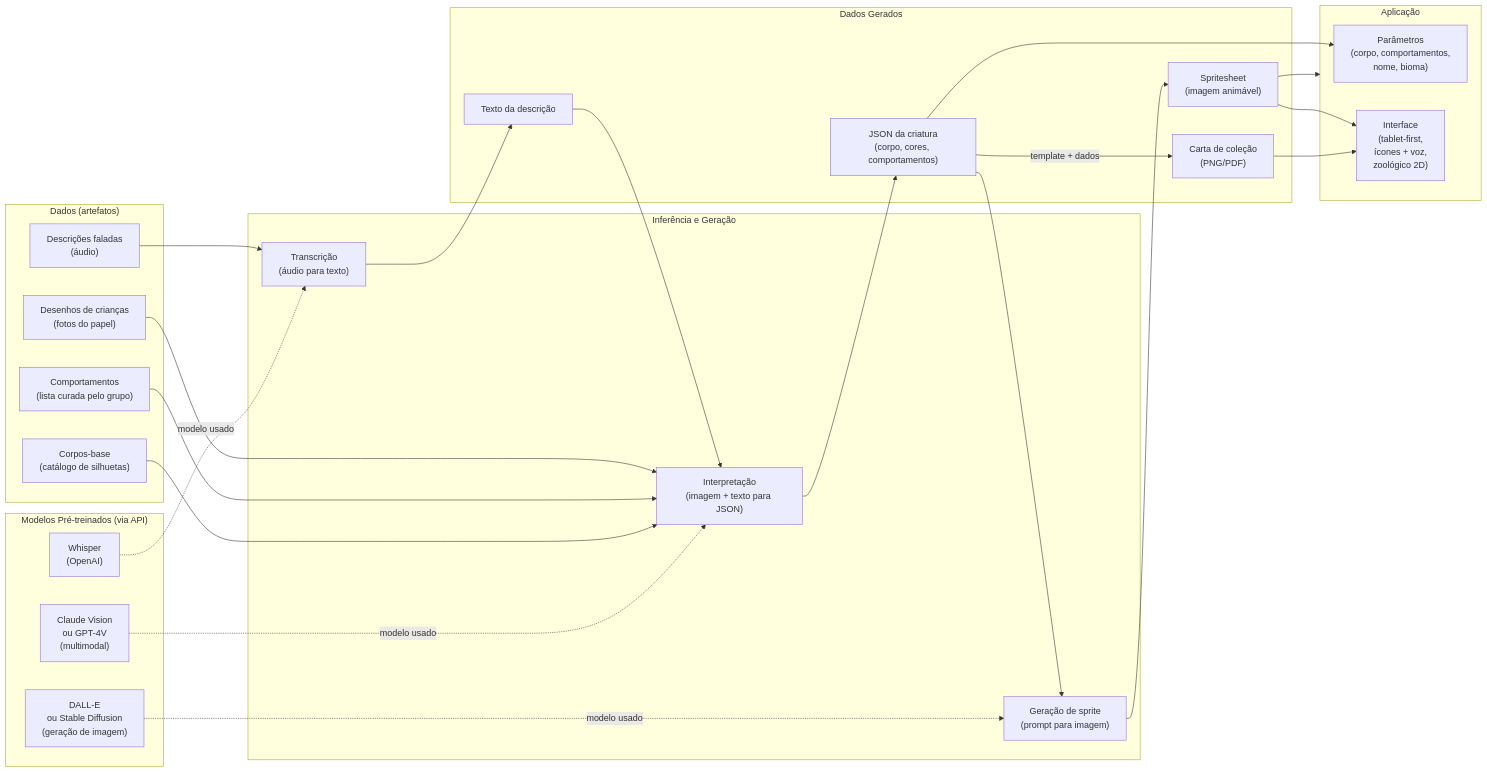
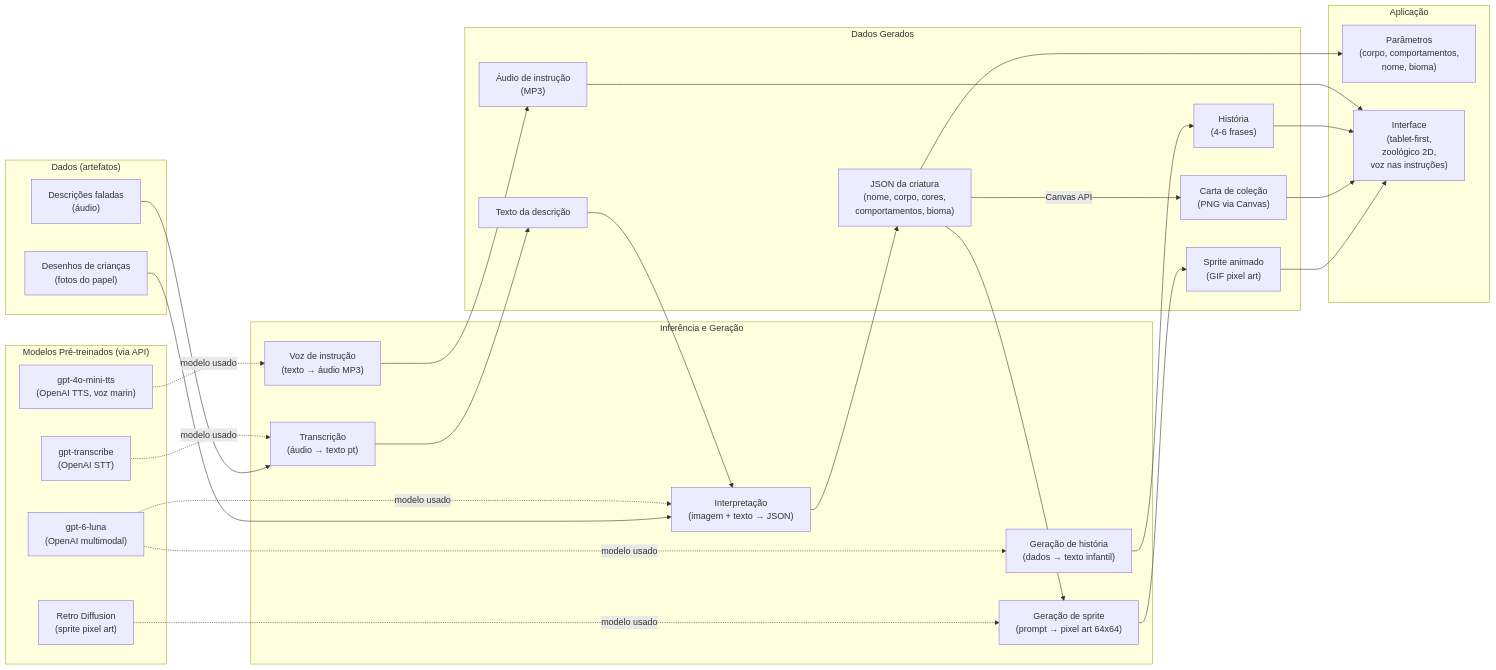
Before and after one commit to marcosdidier/criacomp-ferramenta-grupo7: the fourth of 7 diagrams in docs/1-Entregas/PF3-Diagrama-Arquitetura.md, drawn with Mermaid. The commit also changed other lines of this file, not shown here.

First line of the commit message:
docs: atualiza diagrama PF3 com stack real

````diff
--- a/docs/1-Entregas/PF3-Diagrama-Arquitetura.md
+++ b/docs/1-Entregas/PF3-Diagrama-Arquitetura.md
@@ -162,53 +165,59 @@
 ```mermaid
 flowchart LR
     subgraph Dados["Dados (artefatos)"]
         D1["Desenhos de crianças\n(fotos do papel)"]
         D2["Descrições faladas\n(áudio)"]
-        D3["Comportamentos\n(lista curada pelo grupo)"]
-        D4["Corpos-base\n(catálogo de silhuetas)"]
     end
 
     subgraph Modelos["Modelos Pré-treinados (via API)"]
-        M1["Whisper\n(OpenAI)"]
-        M2["Claude Vision\nou GPT-4V\n(multimodal)"]
-        M3["DALL-E\nou Stable Diffusion\n(geração de imagem)"]
+        M1["gpt-transcribe\n(OpenAI STT)"]
+        M2["gpt-6-luna\n(OpenAI multimodal)"]
+        M3["Retro Diffusion\n(sprite pixel art)"]
+        M4["gpt-4o-mini-tts\n(OpenAI TTS, voz marin)"]
     end
 
     subgraph Inferência["Inferência e Geração"]
-        I1["Transcrição\n(áudio para texto)"]
-        I2["Interpretação\n(imagem + texto para JSON)"]
-        I3["Geração de sprite\n(prompt para imagem)"]
+        I1["Transcrição\n(áudio → texto pt)"]
+        I2["Interpretação\n(imagem + texto → JSON)"]
+        I3["Geração de sprite\n(prompt → pixel art 64x64)"]
+        I4["Voz de instrução\n(texto → áudio MP3)"]
+        I5["Geração de história\n(dados → texto infantil)"]
     end
 
     subgraph Dados_Gerados["Dados Gerados"]
         G1["Texto da descrição"]
-        G2["JSON da criatura\n(corpo, cores, comportamentos)"]
-        G3["Spritesheet\n(imagem animável)"]
-        G4["Carta de coleção\n(PNG/PDF)"]
+        G2["JSON da criatura\n(nome, corpo, cores,\ncomportamentos, bioma)"]
+        G3["Sprite animado\n(GIF pixel art)"]
+        G4["Carta de coleção\n(PNG via Canvas)"]
+        G5["História\n(4-6 frases)"]
+        G6["Áudio de instrução\n(MP3)"]
     end
 
     subgraph Aplicação["Aplicação"]
         A1["Parâmetros\n(corpo, comportamentos,\nnome, bioma)"]
-        A2["Interface\n(tablet-first,\nícones + voz,\nzoológico 2D)"]
+        A2["Interface\n(tablet-first,\nzoológico 2D,\nvoz nas instruções)"]
     end
 
     D1 --> I2
     D2 --> I1
-    D3 --> I2
-    D4 --> I2
 
     M1 -.->|"modelo usado"| I1
     M2 -.->|"modelo usado"| I2
+    M2 -.->|"modelo usado"| I5
     M3 -.->|"modelo usado"| I3
+    M4 -.->|"modelo usado"| I4
 
     I1 --> G1
     G1 --> I2
     I2 --> G2
     G2 --> I3
     I3 --> G3
-    G3 --> Aplicação
+    I4 --> G6
+    I5 --> G5
     G2 --> A1
     G3 --> A2
-    G2 -->|"template + dados"| G4
+    G2 -->|"Canvas API"| G4
     G4 --> A2
+    G5 --> A2
+    G6 --> A2
 ```
````
